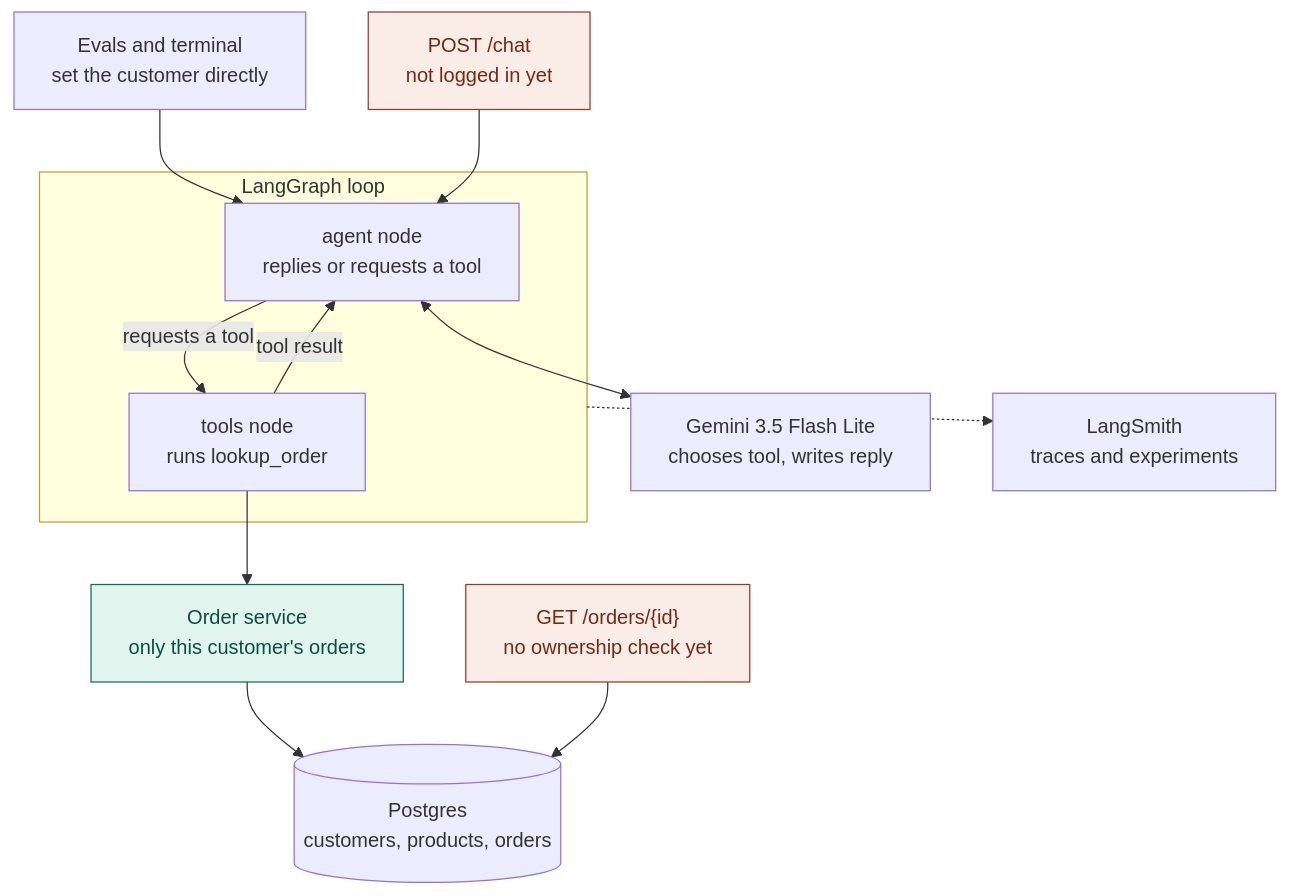
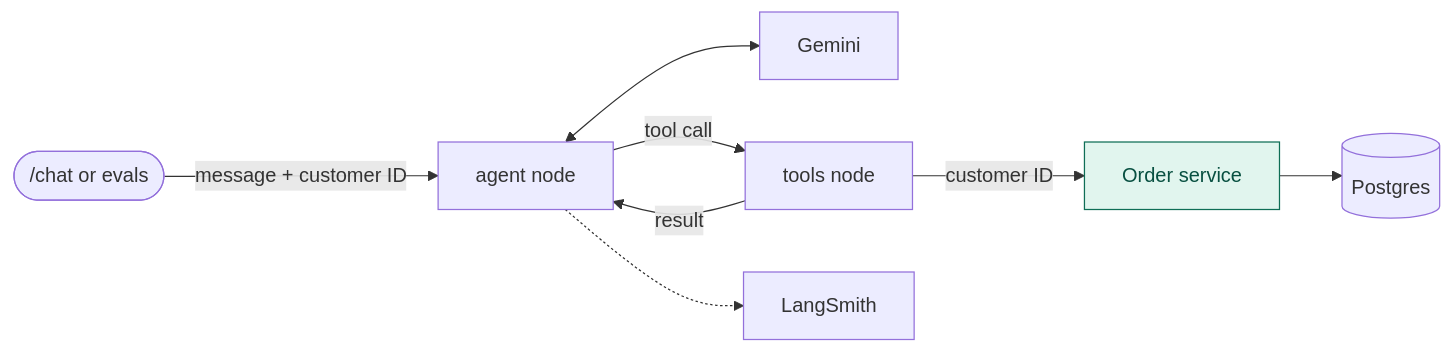
The second of 2 diagrams in docs/architecture.md (abhimvp/abhimart-support-agent), drawn with Mermaid before and after one commit. The commit also changed other lines of this file and 3 other files, not shown here.

Commit message:
docs: record JWT login and redraw architecture

````diff
--- a/docs/architecture.md
+++ b/docs/architecture.md
@@ -5,31 +40,21 @@
 ```mermaid
-flowchart TD
-    evals["Evals and terminal<br/>set the customer directly"]
-    chat["POST /chat<br/>not logged in yet"]
-    orders["GET /orders/{id}<br/>no ownership check yet"]
+flowchart LR
+    caller(["/chat or evals"])
+    agent["agent node"]
+    gemini["Gemini"]
+    tools["tools node"]
+    service["Order service"]
+    db[("Postgres")]
+    langsmith["LangSmith"]
 
-    subgraph loop["LangGraph loop"]
-        agent["agent node<br/>replies or requests a tool"]
-        tools["tools node<br/>runs lookup_order"]
-        agent -- requests a tool --> tools
-        tools -- tool result --> agent
-    end
-
-    gemini["Gemini 3.5 Flash Lite<br/>chooses tool, writes reply"]
-    service["Order service<br/>only this customer's orders"]
-    db[("Postgres<br/>customers, products, orders")]
-    langsmith["LangSmith<br/>traces and experiments"]
-
-    evals --> agent
-    chat --> agent
+    caller -- "message + customer ID" --> agent
     agent <--> gemini
-    tools --> service
+    agent -- "tool call" --> tools
+    tools -- "result" --> agent
+    tools -- "customer ID" --> service
     service --> db
-    orders --> db
-    loop -.-> langsmith
+    agent -.-> langsmith
 
     classDef enforced fill:#E1F5EE,stroke:#0F6E56,color:#085041
-    classDef gap fill:#FAECE7,stroke:#993C1D,color:#712B13
     class service enforced
-    class chat,orders gap
 ```
````
